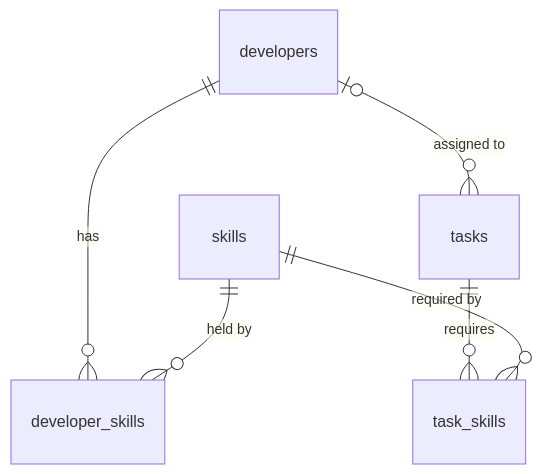
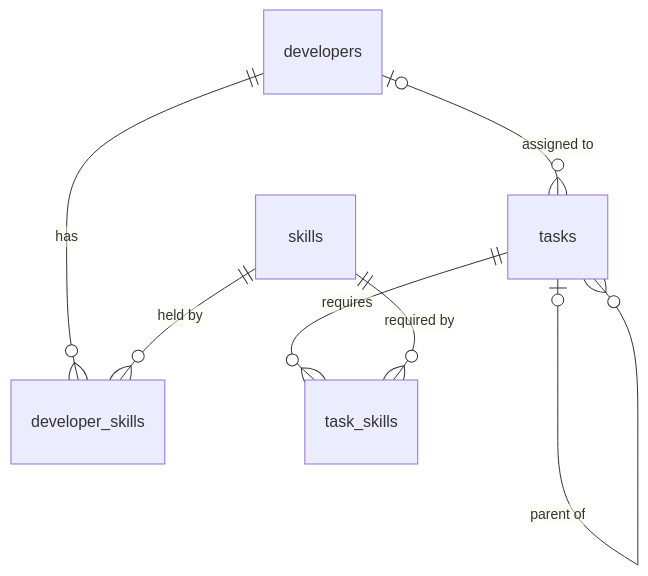
The diagram in README.md (HiroshiFuu/htx-task-assignment-fenghao), drawn with Mermaid before and after one commit. The commit also changed other lines of this file, not shown here.

````diff
--- a/README.md
+++ b/README.md
@@ -71,8 +91,9 @@
 ```mermaid
 erDiagram
   developers ||--o{ developer_skills : has
   skills     ||--o{ developer_skills : "held by"
   tasks      ||--o{ task_skills      : requires
   skills     ||--o{ task_skills      : "required by"
   developers |o--o{ tasks            : "assigned to"
+  tasks      |o--o{ tasks            : "parent of"
 ```
````
